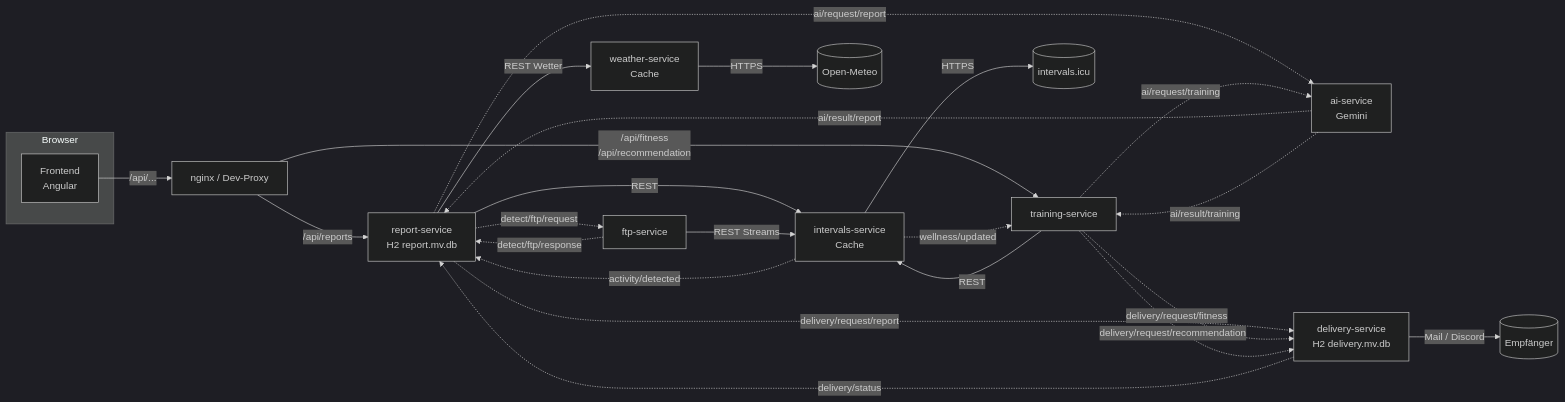
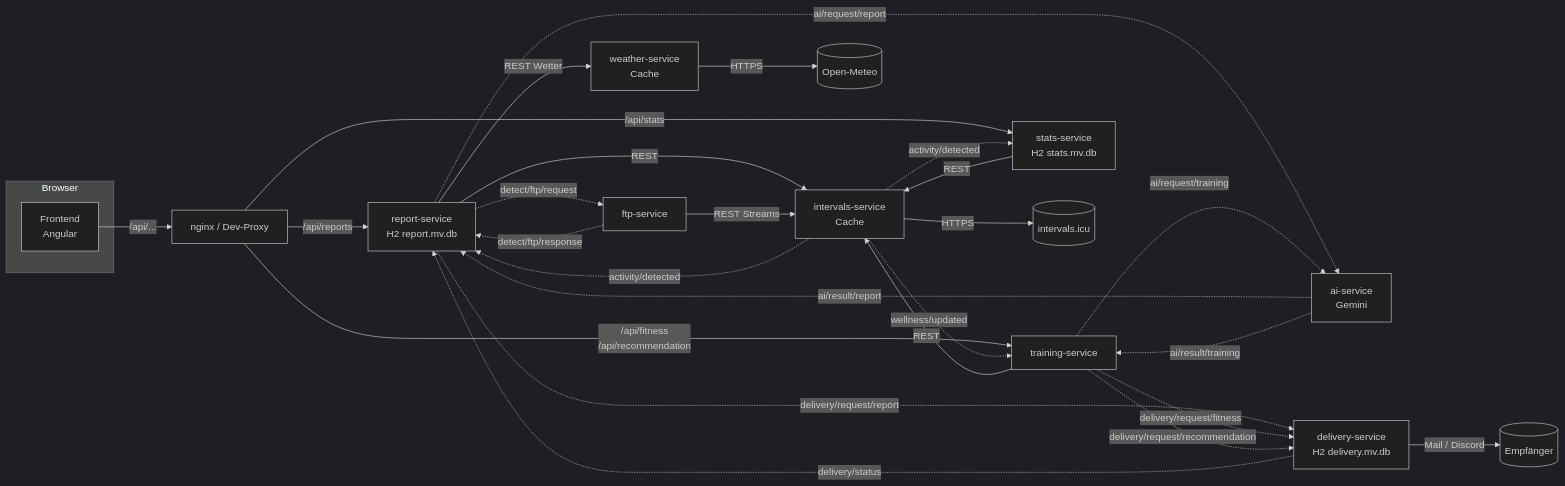
The first of 7 diagrams in docs/datenfluesse.md (KlinkerD/Cycling_AI_Analyzer), drawn with Mermaid (dark theme) before and after one commit. The commit also changed other lines of this file and 47 other files, not shown here.

First line of the commit message:
stats-service: Statistik-Service fuer Fahrten hinzufuegen

````diff
--- a/docs/datenfluesse.md
+++ b/docs/datenfluesse.md
@@ -18,31 +18,34 @@
 ```mermaid
 flowchart LR
     subgraph Browser
         FE[Frontend<br/>Angular]
     end
     NG[nginx / Dev-Proxy]
     FE -->|/api/...| NG
     NG -->|/api/reports| RS[report-service<br/>H2 report.mv.db]
     NG -->|/api/fitness<br/>/api/recommendation| TS[training-service]
+    NG -->|/api/stats| SS[stats-service<br/>H2 stats.mv.db]
 
     RS -->|REST| IS[intervals-service<br/>Cache]
     TS -->|REST| IS
+    SS -->|REST| IS
     IS -->|HTTPS| ICU[(intervals.icu)]
 
     IS -. activity/detected .-> RS
+    IS -. activity/detected .-> SS
     IS -. wellness/updated .-> TS
     RS -. ai/request/report .-> AI[ai-service<br/>Gemini]
     AI -. ai/result/report .-> RS
     TS -. ai/request/training .-> AI
     AI -. ai/result/training .-> TS
     RS -. delivery/request/report .-> DS[delivery-service<br/>H2 delivery.mv.db]
     TS -. delivery/request/fitness .-> DS
     TS -. delivery/request/recommendation .-> DS
     DS -. delivery/status .-> RS
     DS -->|Mail / Discord| OUT[(Empfänger)]
     RS -. detect/ftp/request .-> FT[ftp-service]
     FT -. detect/ftp/response .-> RS
     FT -->|REST Streams| IS
     RS -->|REST Wetter| WS[weather-service<br/>Cache]
     WS -->|HTTPS| OM[(Open-Meteo)]
 ```
````
